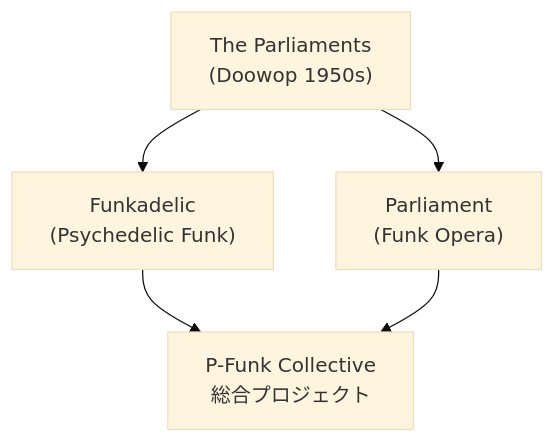
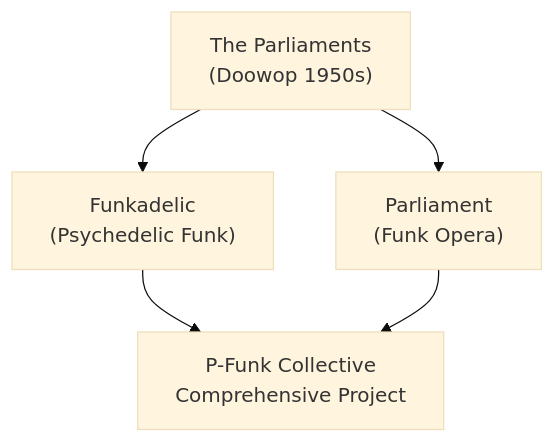
The first of 4 diagrams in en/_posts/2025-11-15-column-parliament-funkadelic.md (monumental-movement/monumental-movement.github.io), drawn with Mermaid (base theme) before and after one commit. The commit also changed other lines of this file and 152 other files, not shown here.

```diff
--- a/en/_posts/2025-11-15-column-parliament-funkadelic.md
+++ b/en/_posts/2025-11-15-column-parliament-funkadelic.md
@@ -62,9 +62,9 @@
 <div class="mermaid">
 
 flowchart TD
     A["The Parliaments<br>(Doowop 1950s)"] --> B["Funkadelic<br>(Psychedelic Funk)"]
     A --> C["Parliament<br>(Funk Opera)"]
-    B --> D["P-Funk Collective<br>総合プロジェクト"]
+    B --> D["P-Funk Collective<br>Comprehensive Project"]
     C --> D
 
 </div>
```
